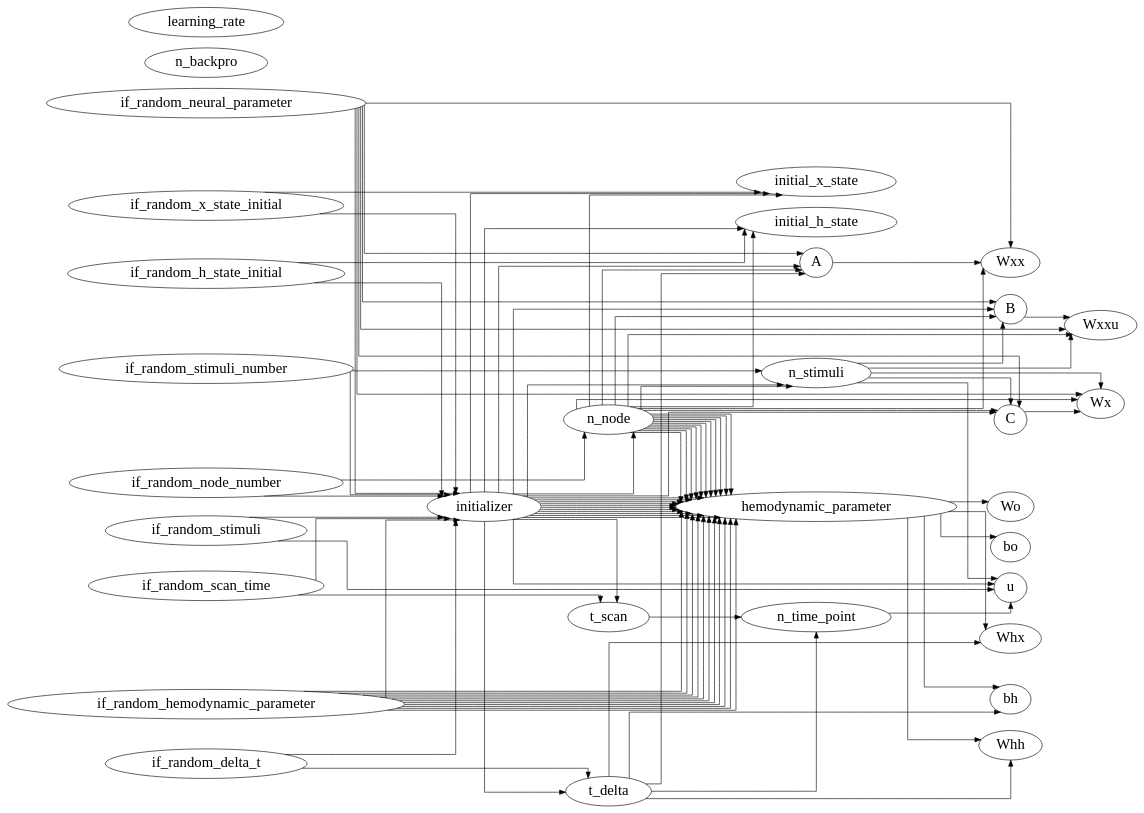
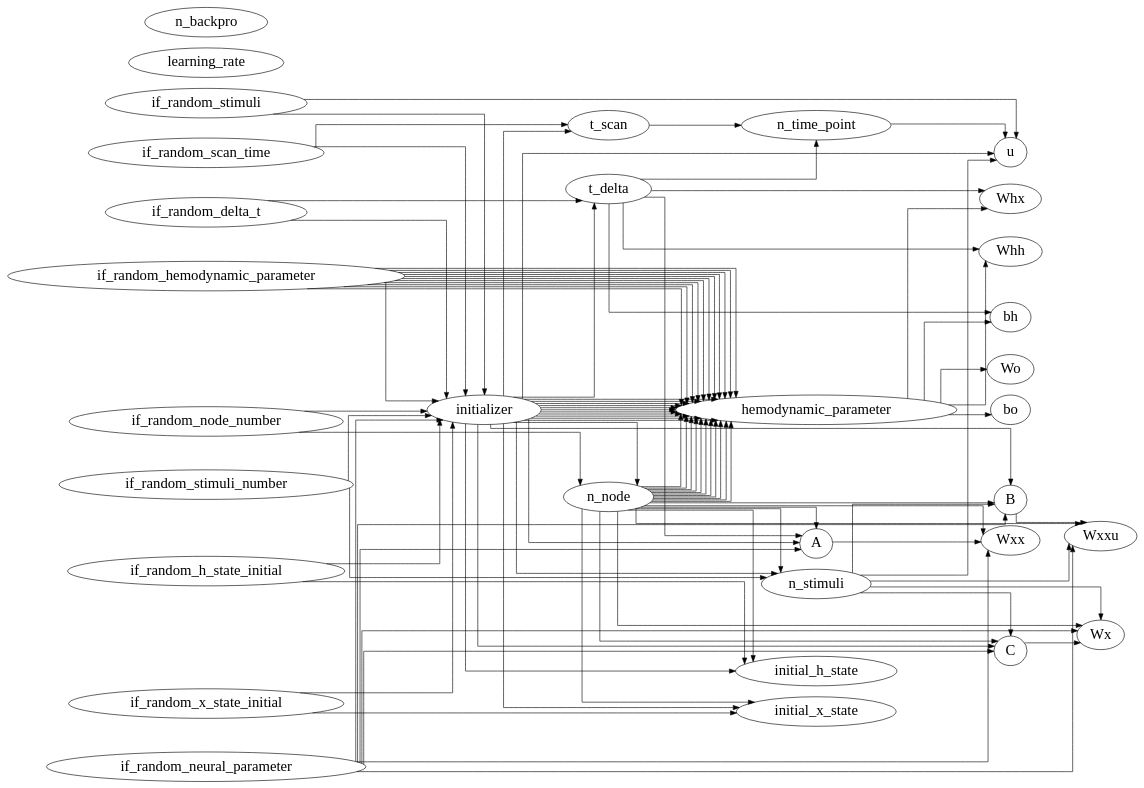
Before and after one commit to YuanWangOnward/DCM_RNN: the diagram in DCM_RNN/documents/parameter_graph.gv, drawn with Graphviz. The commit also changed other lines of this file and 3 other files, not shown here.

```diff
--- a/DCM_RNN/documents/parameter_graph.gv
+++ b/DCM_RNN/documents/parameter_graph.gv
@@ -1,110 +1,110 @@
 digraph G {
           splines=ortho;
           rankdir = "LR";
           node[fontsize=24];
-          hemodynamic_parameter -> Wo;
-          n_backpro;
-          if_random_scan_time -> t_scan;
-          initializer -> t_scan;
-          if_random_neural_parameter -> C;
-          n_node -> C;
-          n_stimuli -> C;
-          initializer -> C;
-          learning_rate;
           if_random_neural_parameter -> Wx;
           n_node -> Wx;
           n_stimuli -> Wx;
           C -> Wx;
-          n_node -> hemodynamic_parameter;
-          if_random_hemodynamic_parameter -> hemodynamic_parameter;
-          initializer -> hemodynamic_parameter;
+          hemodynamic_parameter -> Whh;
+          t_delta -> Whh;
           t_delta -> A;
           if_random_neural_parameter -> A;
           n_node -> A;
           initializer -> A;
+          if_random_delta_t -> t_delta;
+          initializer -> t_delta;
           n_node -> hemodynamic_parameter;
           if_random_hemodynamic_parameter -> hemodynamic_parameter;
           initializer -> hemodynamic_parameter;
+          if_random_node_number -> n_node;
+          initializer -> n_node;
+          if_random_h_state_initial;
+          n_node -> initial_h_state;
+          if_random_h_state_initial -> initial_h_state;
+          initializer -> initial_h_state;
+          if_random_scan_time;
+          learning_rate;
           if_random_neural_parameter -> B;
           n_node -> B;
           n_stimuli -> B;
           initializer -> B;
-          n_node -> hemodynamic_parameter;
-          if_random_hemodynamic_parameter -> hemodynamic_parameter;
-          initializer -> hemodynamic_parameter;
-          hemodynamic_parameter -> Whh;
-          t_delta -> Whh;
-          n_node -> hemodynamic_parameter;
-          if_random_hemodynamic_parameter -> hemodynamic_parameter;
-          initializer -> hemodynamic_parameter;
-          n_node -> hemodynamic_parameter;
-          if_random_hemodynamic_parameter -> hemodynamic_parameter;
-          initializer -> hemodynamic_parameter;
-          n_node -> hemodynamic_parameter;
-          if_random_hemodynamic_parameter -> hemodynamic_parameter;
-          initializer -> hemodynamic_parameter;
-          if_random_stimuli -> u;
-          n_stimuli -> u;
-          n_time_point -> u;
-          initializer -> u;
-          hemodynamic_parameter -> bo;
-          if_random_neural_parameter;
+          if_random_stimuli_number -> n_stimuli;
+          n_node -> n_stimuli;
+          initializer -> n_stimuli;
+          if_random_delta_t;
           t_scan -> n_time_point;
           t_delta -> n_time_point;
           n_node -> hemodynamic_parameter;
           if_random_hemodynamic_parameter -> hemodynamic_parameter;
           initializer -> hemodynamic_parameter;
-          if_random_stimuli_number;
-          hemodynamic_parameter -> Whx;
-          t_delta -> Whx;
-          hemodynamic_parameter -> bh;
-          t_delta -> bh;
+          if_random_neural_parameter -> Wxxu;
+          n_node -> Wxxu;
+          n_stimuli -> Wxxu;
+          B -> Wxxu;
           n_node -> hemodynamic_parameter;
           if_random_hemodynamic_parameter -> hemodynamic_parameter;
           initializer -> hemodynamic_parameter;
-          if_random_x_state_initial;
+          hemodynamic_parameter -> bh;
+          t_delta -> bh;
+          if_random_stimuli_number;
           n_node -> hemodynamic_parameter;
           if_random_hemodynamic_parameter -> hemodynamic_parameter;
           initializer -> hemodynamic_parameter;
-          if_random_stimuli;
-          if_random_h_state_initial;
-          n_node -> hemodynamic_parameter;
-          if_random_hemodynamic_parameter -> hemodynamic_parameter;
-          initializer -> hemodynamic_parameter;
-          if_random_neural_parameter -> Wxx;
-          n_node -> Wxx;
-          A -> Wxx;
-          n_node -> initial_x_state;
-          if_random_x_state_initial -> initial_x_state;
-          initializer -> initial_x_state;
-          n_node -> initial_h_state;
-          if_random_h_state_initial -> initial_h_state;
-          initializer -> initial_h_state;
-          if_random_delta_t;
           if_random_neural_parameter -> initializer;
           if_random_hemodynamic_parameter -> initializer;
           if_random_x_state_initial -> initializer;
           if_random_h_state_initial -> initializer;
           if_random_stimuli -> initializer;
           if_random_node_number -> initializer;
           if_random_stimuli_number -> initializer;
           if_random_delta_t -> initializer;
           if_random_scan_time -> initializer;
-          if_random_node_number -> n_node;
-          initializer -> n_node;
-          if_random_hemodynamic_parameter;
-          if_random_neural_parameter -> Wxxu;
-          n_node -> Wxxu;
-          n_stimuli -> Wxxu;
-          B -> Wxxu;
-          if_random_scan_time;
-          if_random_node_number;
-          if_random_delta_t -> t_delta;
-          initializer -> t_delta;
           n_node -> hemodynamic_parameter;
           if_random_hemodynamic_parameter -> hemodynamic_parameter;
           initializer -> hemodynamic_parameter;
-          if_random_stimuli_number -> n_stimuli;
-          n_node -> n_stimuli;
-          initializer -> n_stimuli;
+          if_random_stimuli -> u;
+          n_stimuli -> u;
+          n_time_point -> u;
+          initializer -> u;
+          if_random_neural_parameter;
+          if_random_hemodynamic_parameter;
+          n_node -> hemodynamic_parameter;
+          if_random_hemodynamic_parameter -> hemodynamic_parameter;
+          initializer -> hemodynamic_parameter;
+          hemodynamic_parameter -> Whx;
+          t_delta -> Whx;
+          if_random_stimuli;
+          hemodynamic_parameter -> Wo;
+          n_backpro;
+          n_node -> hemodynamic_parameter;
+          if_random_hemodynamic_parameter -> hemodynamic_parameter;
+          initializer -> hemodynamic_parameter;
+          if_random_node_number;
+          n_node -> initial_x_state;
+          if_random_x_state_initial -> initial_x_state;
+          initializer -> initial_x_state;
+          if_random_x_state_initial;
+          n_node -> hemodynamic_parameter;
+          if_random_hemodynamic_parameter -> hemodynamic_parameter;
+          initializer -> hemodynamic_parameter;
+          if_random_neural_parameter -> Wxx;
+          n_node -> Wxx;
+          A -> Wxx;
+          if_random_neural_parameter -> C;
+          n_node -> C;
+          n_stimuli -> C;
+          initializer -> C;
+          hemodynamic_parameter -> bo;
+          n_node -> hemodynamic_parameter;
+          if_random_hemodynamic_parameter -> hemodynamic_parameter;
+          initializer -> hemodynamic_parameter;
+          if_random_scan_time -> t_scan;
+          initializer -> t_scan;
+          n_node -> hemodynamic_parameter;
+          if_random_hemodynamic_parameter -> hemodynamic_parameter;
+          initializer -> hemodynamic_parameter;
+          n_node -> hemodynamic_parameter;
+          if_random_hemodynamic_parameter -> hemodynamic_parameter;
+          initializer -> hemodynamic_parameter;
 }
```
